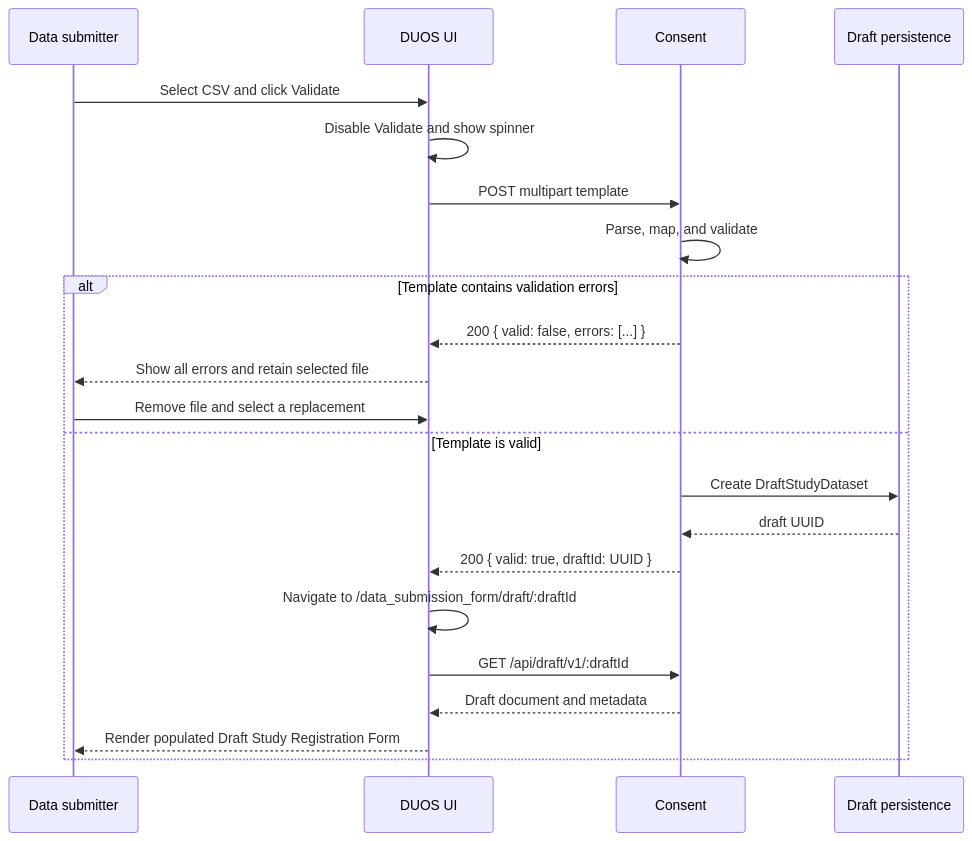
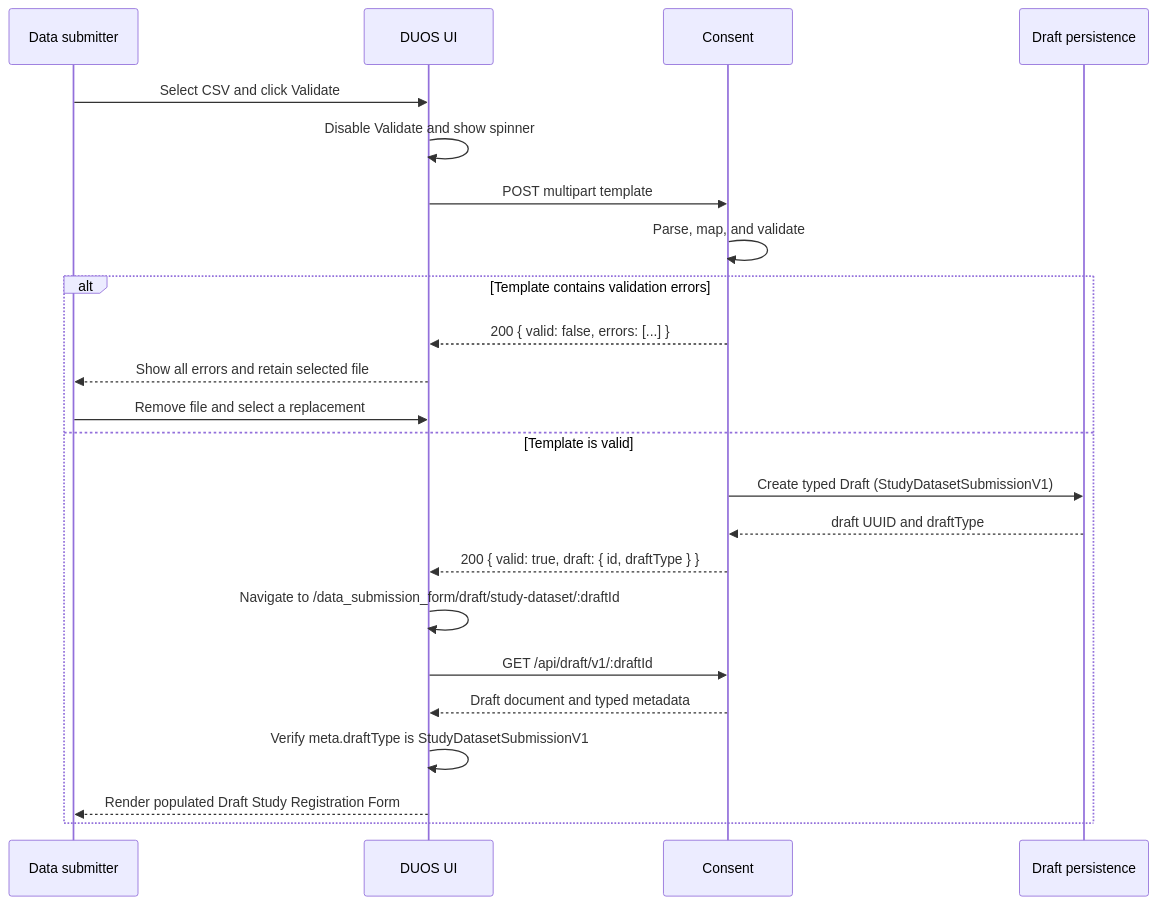
Before and after one commit to DataBiosphere/duos-ui: the diagram in docs/plans/study-template-validation-workflow.md, drawn with Mermaid. The commit also changed other lines of this file, not shown here.

````diff
--- a/docs/plans/study-template-validation-workflow.md
+++ b/docs/plans/study-template-validation-workflow.md
@@ -68,26 +76,27 @@
 ```mermaid
 sequenceDiagram
     participant U as Data submitter
     participant UI as DUOS UI
     participant API as Consent
     participant DB as Draft persistence
 
     U->>UI: Select CSV and click Validate
     UI->>UI: Disable Validate and show spinner
     UI->>API: POST multipart template
     API->>API: Parse, map, and validate
 
     alt Template contains validation errors
         API-->>UI: 200 { valid: false, errors: [...] }
         UI-->>U: Show all errors and retain selected file
         U->>UI: Remove file and select a replacement
     else Template is valid
-        API->>DB: Create DraftStudyDataset
-        DB-->>API: draft UUID
-        API-->>UI: 200 { valid: true, draftId: UUID }
-        UI->>UI: Navigate to /data_submission_form/draft/:draftId
+        API->>DB: Create typed Draft (StudyDatasetSubmissionV1)
+        DB-->>API: draft UUID and draftType
+        API-->>UI: 200 { valid: true, draft: { id, draftType } }
+        UI->>UI: Navigate to /data_submission_form/draft/study-dataset/:draftId
         UI->>API: GET /api/draft/v1/:draftId
-        API-->>UI: Draft document and metadata
+        API-->>UI: Draft document and typed metadata
+        UI->>UI: Verify meta.draftType is StudyDatasetSubmissionV1
         UI-->>U: Render populated Draft Study Registration Form
     end
 ```
````
